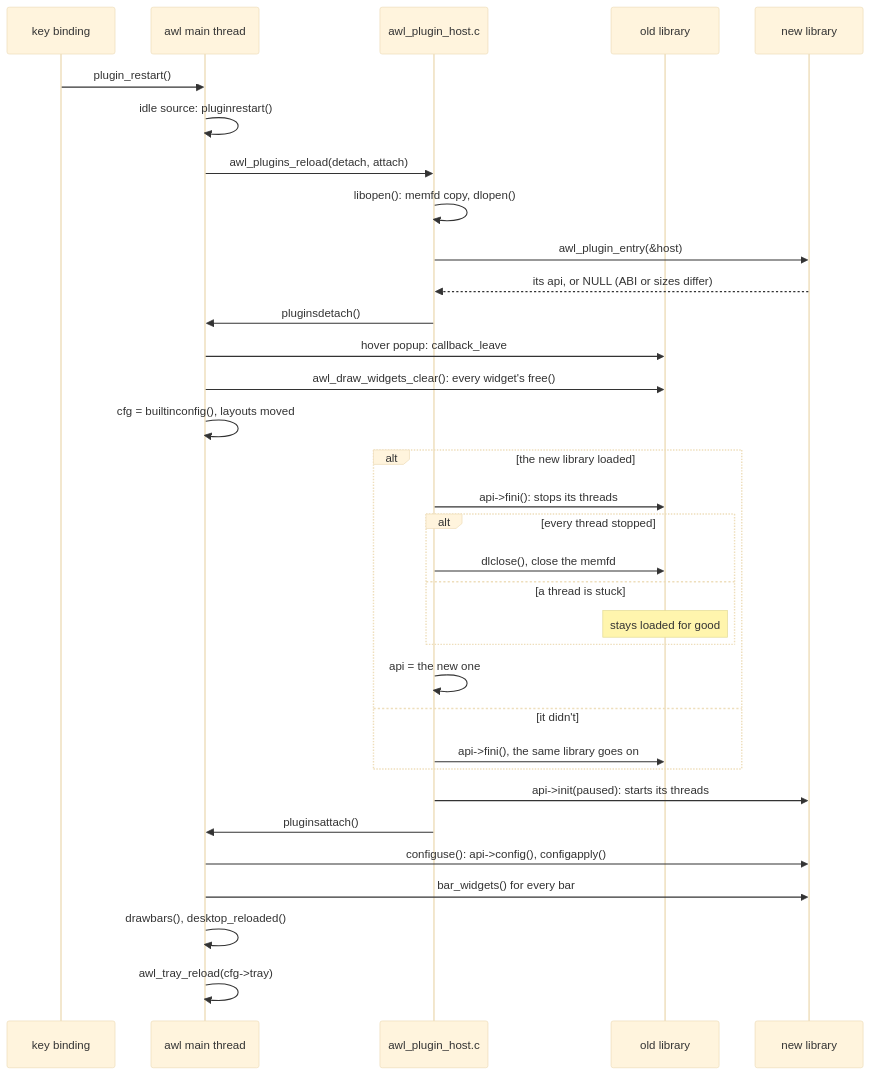
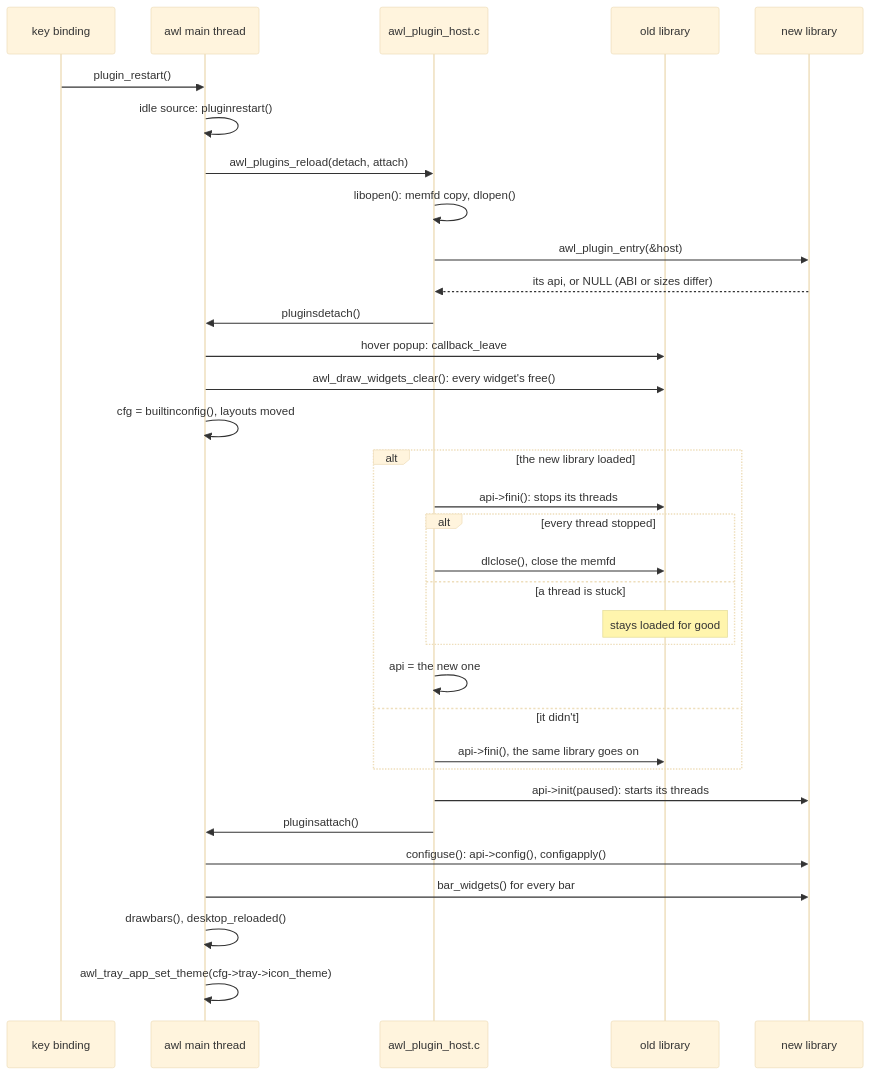
One commit to alcubierre-drive/awl changed the first of 3 diagrams in doc/reload.rst. Above: the diagram before and after it, drawn with Mermaid (base theme). The commit also changed other lines of this file and 61 other files, not shown here.

```diff
--- a/doc/reload.rst
+++ b/doc/reload.rst
@@ -66,35 +68,35 @@
 .. mermaid::
 
    sequenceDiagram
      participant K as key binding
      participant D as awl main thread
      participant H as awl_plugin_host.c
      participant O as old library
      participant N as new library
      K->>D: plugin_restart()
      D->>D: idle source: pluginrestart()
      D->>H: awl_plugins_reload(detach, attach)
      H->>H: libopen(): memfd copy, dlopen()
      H->>N: awl_plugin_entry(&host)
      N-->>H: its api, or NULL (ABI or sizes differ)
      H->>D: pluginsdetach()
      D->>O: hover popup: callback_leave
      D->>O: awl_draw_widgets_clear(): every widget's free()
      D->>D: cfg = builtinconfig(), layouts moved
      alt the new library loaded
        H->>O: api->fini(): stops its threads
        alt every thread stopped
          H->>O: dlclose(), close the memfd
        else a thread is stuck
          Note over O: stays loaded for good
        end
        H->>H: api = the new one
      else it didn't
        H->>O: api->fini(), the same library goes on
      end
      H->>N: api->init(paused): starts its threads
      H->>D: pluginsattach()
      D->>N: configuse(): api->config(), configapply()
      D->>N: bar_widgets() for every bar
      D->>D: drawbars(), desktop_reloaded()
-     D->>D: awl_tray_reload(cfg->tray)
+     D->>D: awl_tray_app_set_theme(cfg->tray->icon_theme)
```
